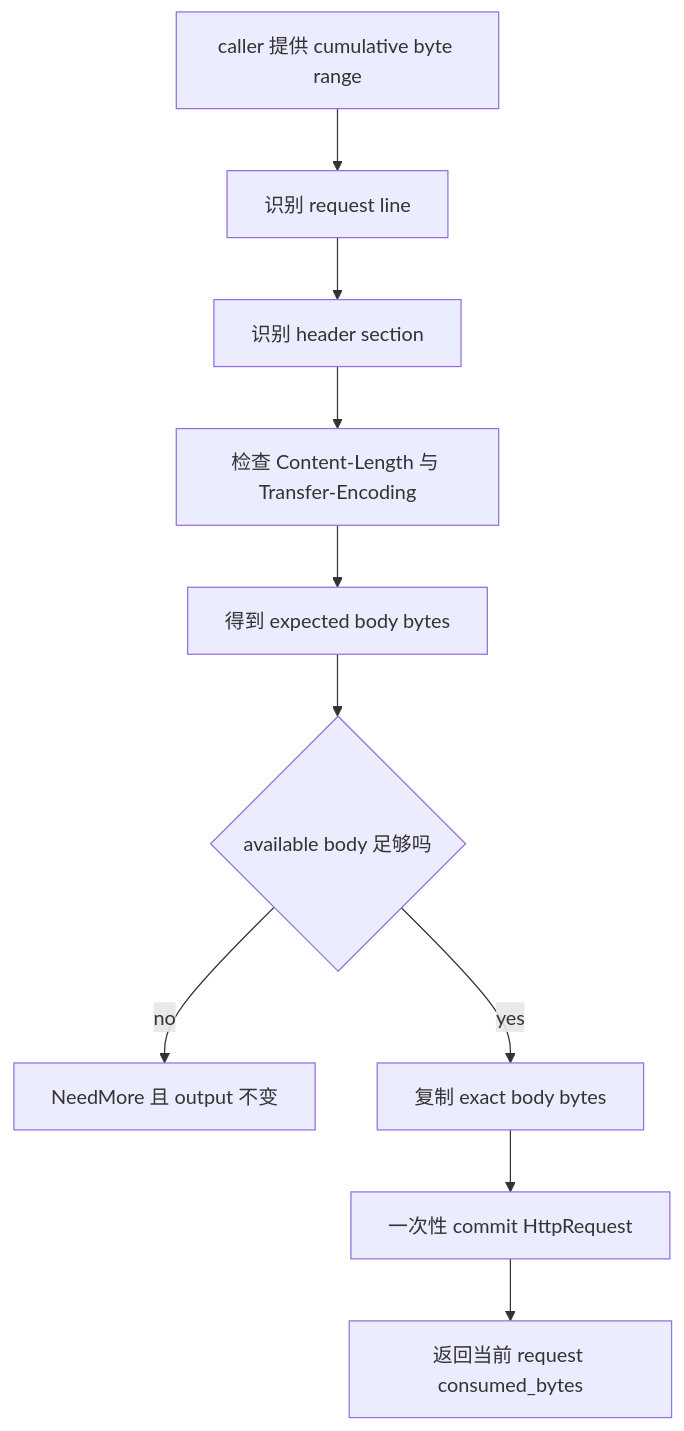
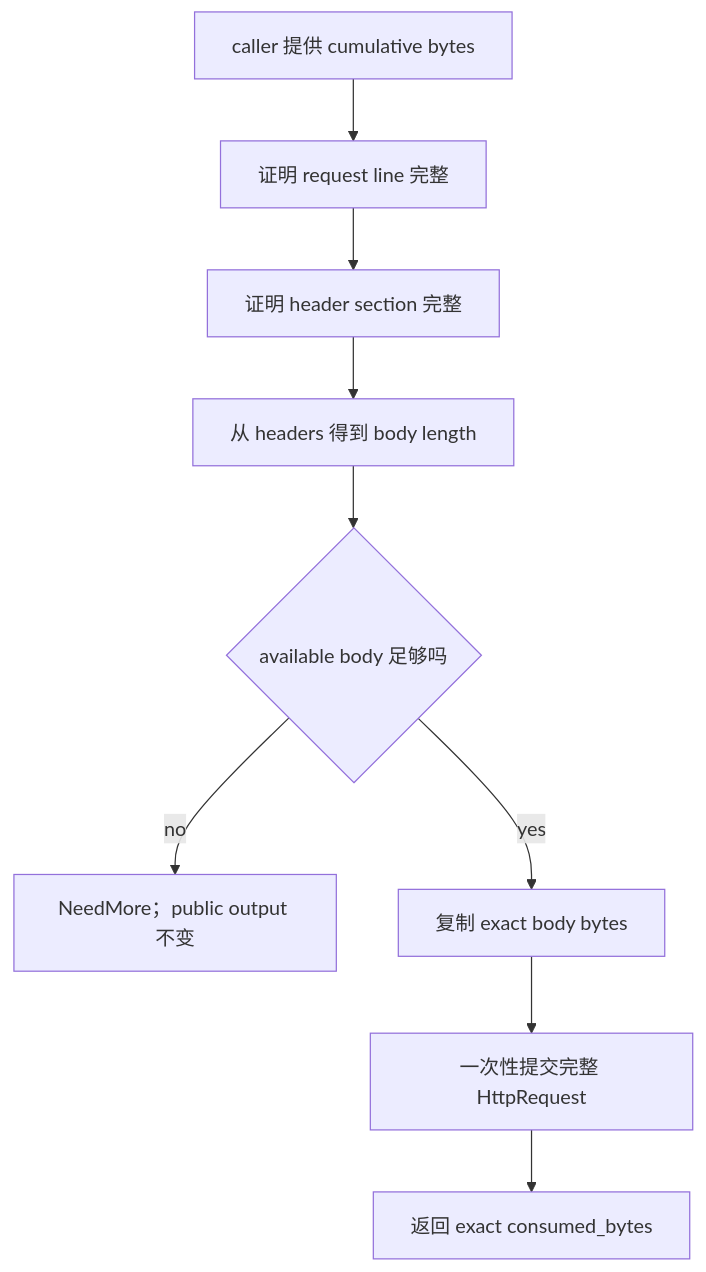
One commit to FxorG00/system-learning-notes changed the diagram in week11/day3/day3.md. Above: the diagram before and after it, drawn with Mermaid. The commit also changed other lines of this file and 2 other files, not shown here.

````diff
--- a/week11/day3/day3.md
+++ b/week11/day3/day3.md
@@ -574,12 +457,11 @@
 ```mermaid
 flowchart TD
-    A["caller 提供 cumulative byte range"] --> B["识别 request line"]
-    B --> C["识别 header section"]
-    C --> D["检查 Content-Length 与 Transfer-Encoding"]
-    D --> E["得到 expected body bytes"]
-    E --> F{"available body 足够吗"}
-    F -->|"no"| G["NeedMore 且 output 不变"]
-    F -->|"yes"| H["复制 exact body bytes"]
-    H --> I["一次性 commit HttpRequest"]
-    I --> J["返回当前 request consumed_bytes"]
+    A["caller 提供 cumulative bytes"] --> B["证明 request line 完整"]
+    B --> C["证明 header section 完整"]
+    C --> D["从 headers 得到 body length"]
+    D --> E{"available body 足够吗"}
+    E -->|"no"| F["NeedMore；public output 不变"]
+    E -->|"yes"| G["复制 exact body bytes"]
+    G --> H["一次性提交完整 HttpRequest"]
+    H --> I["返回 exact consumed_bytes"]
 ```
````
